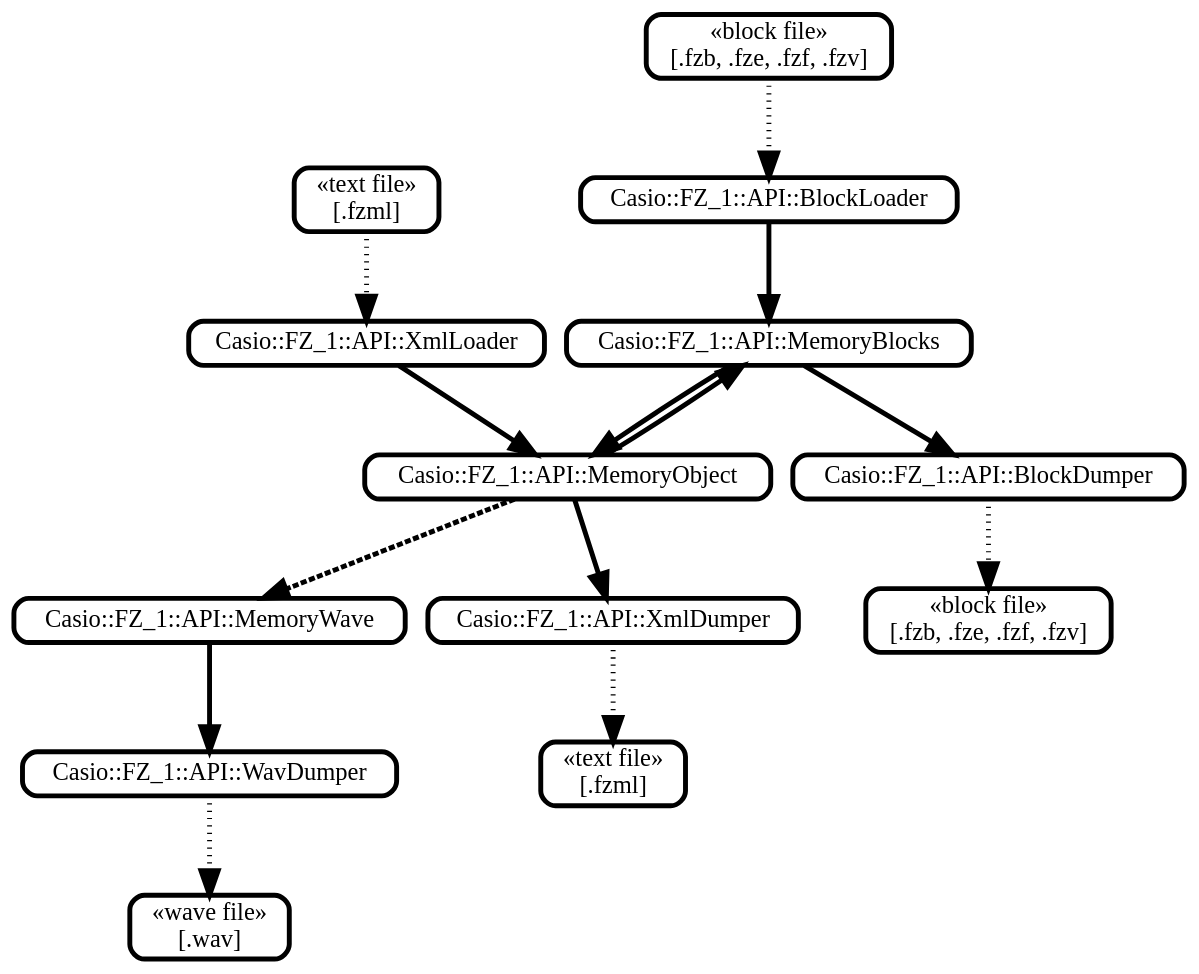
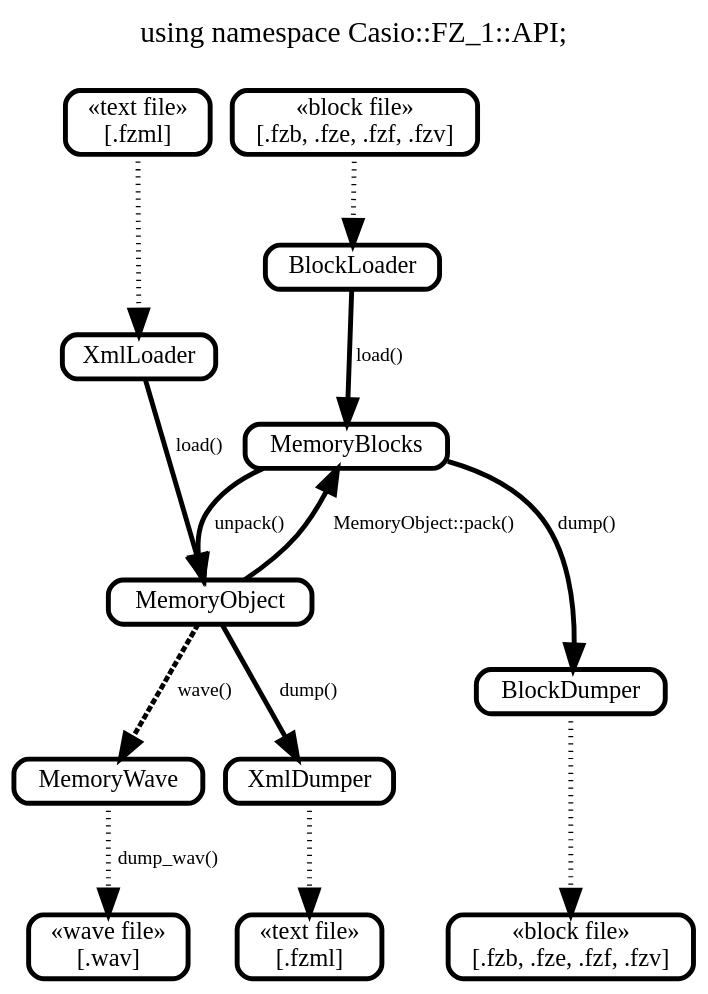
The diagram in doc/classes.dot (stdjon/fzutility), drawn with Graphviz before and after one commit. The commit also changed 4 other files, not shown here.

```diff
--- a/doc/classes.dot
+++ b/doc/classes.dot
@@ -1,57 +1,58 @@
-
-
-digraph Studio {
+digraph {
+    label="using namespace Casio::FZ_1::API;\n\n"
+    labelloc=t;
     fontname="Fantasque Sans Mono Bold"
     fontsize=24
     rankdir=TB
     ranksep=1
 
     edge [
         fontname="Fantasque Sans Mono Bold"
         fontsize=16
         penwidth=4
         arrowsize=2
         len=1
     ]
 
     node [
         fontname="Fantasque Sans Mono Bold"
         fontsize=20
         shape=Mrecord
         fillcolor=gray50
         penwidth=4
     ]
     subgraph {
         penwidth=0
 
         block_file_in[label="«block file»\n[.fzb, .fze, .fzf, .fzv]"];
         block_file_out[label="«block file»\n[.fzb, .fze, .fzf, .fzv]"];
         fzml_file_in[label="«text file»\n[.fzml]"];
         fzml_file_out[label="«text file»\n[.fzml]"];
         wav_file_in[label="«wave file»\n[.wav]"];
 
 
-        BlockDumper[label="Casio::FZ_1::API::BlockDumper"];
-        BlockLoader[label="Casio::FZ_1::API::BlockLoader"];
-        MemoryBlocks[label="Casio::FZ_1::API::MemoryBlocks"];
-        MemoryObject[label="Casio::FZ_1::API::MemoryObject"];
-        MemoryWave[label="Casio::FZ_1::API::MemoryWave"];
-        WavDumper[label="Casio::FZ_1::API::WavDumper"];
-        XmlDumper[label="Casio::FZ_1::API::XmlDumper"];
-        XmlLoader[label="Casio::FZ_1::API::XmlLoader"];
+        BlockDumper[label="BlockDumper"];
+        BlockLoader[label="BlockLoader"];
+        MemoryBlocks[label="MemoryBlocks"];
+        MemoryObject[label="MemoryObject"];
+        MemoryWave[label="MemoryWave"];
+        XmlDumper[label="XmlDumper"];
+        XmlLoader[label="XmlLoader"];
 
         block_file_out -> BlockLoader [style=dotted];
-        BlockLoader -> MemoryBlocks;
-        MemoryBlocks -> BlockDumper;
+        BlockLoader -> MemoryBlocks [label="load()"];
+        MemoryBlocks -> BlockDumper [label="dump()"];
         BlockDumper -> block_file_in [style=dotted];
-        MemoryObject -> MemoryBlocks;
-        MemoryBlocks -> MemoryObject;
+        MemoryObject -> MemoryBlocks [label="MemoryObject::pack()"];
+        MemoryBlocks -> MemoryObject [label="unpack()"];
         fzml_file_out -> XmlLoader [style=dotted];
-        XmlLoader -> MemoryObject;
-        MemoryObject -> XmlDumper;
+        XmlLoader -> MemoryObject [label="load()"];
+        MemoryObject -> XmlDumper [label="dump()"];
         XmlDumper -> fzml_file_in [style=dotted];
-        MemoryObject -> MemoryWave [style=dashed];
-        MemoryWave -> WavDumper;
-        WavDumper -> wav_file_in [style=dotted];
+        MemoryObject -> MemoryWave [style=dashed, label="wave()"];
+        MemoryWave ->wav_file_in [style=dotted, label="dump_wav()"];
+
+        { rank=source block_file_out fzml_file_out }
+        { rank=sink block_file_in fzml_file_in wav_file_in }
     }
 }
```
